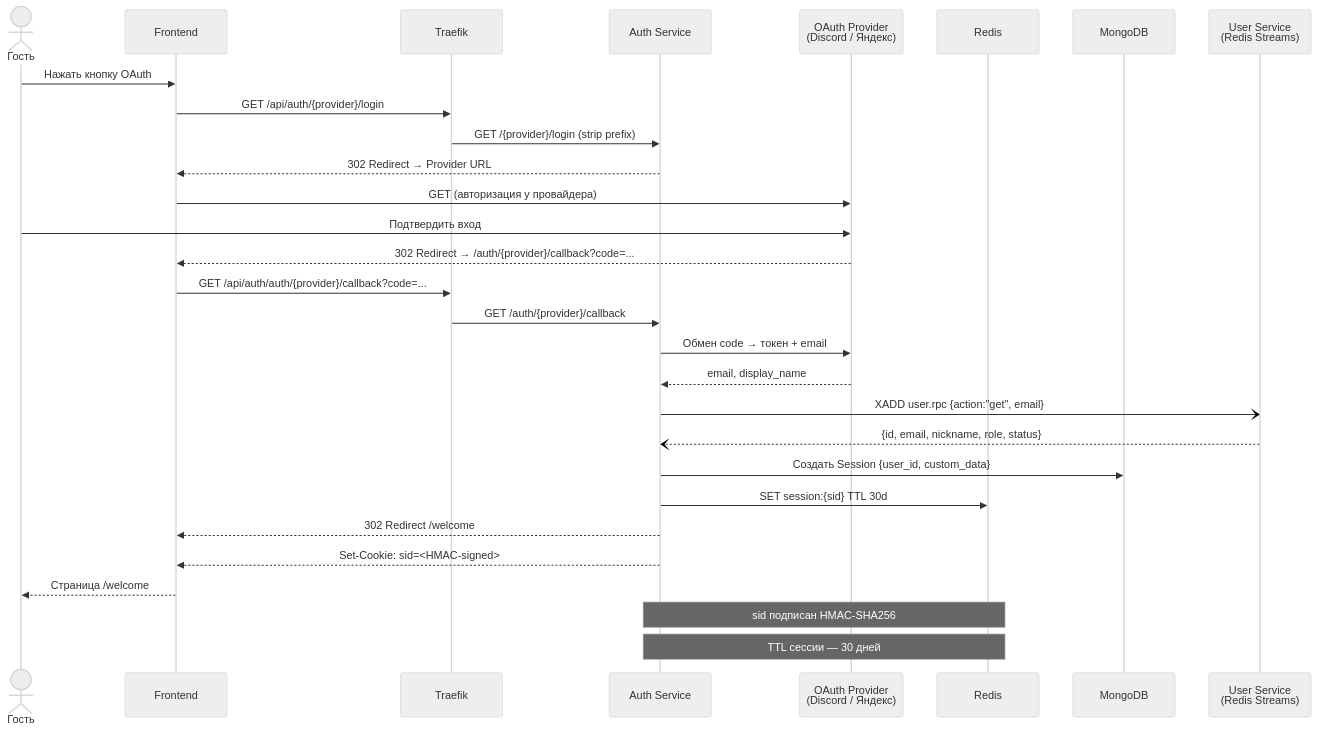
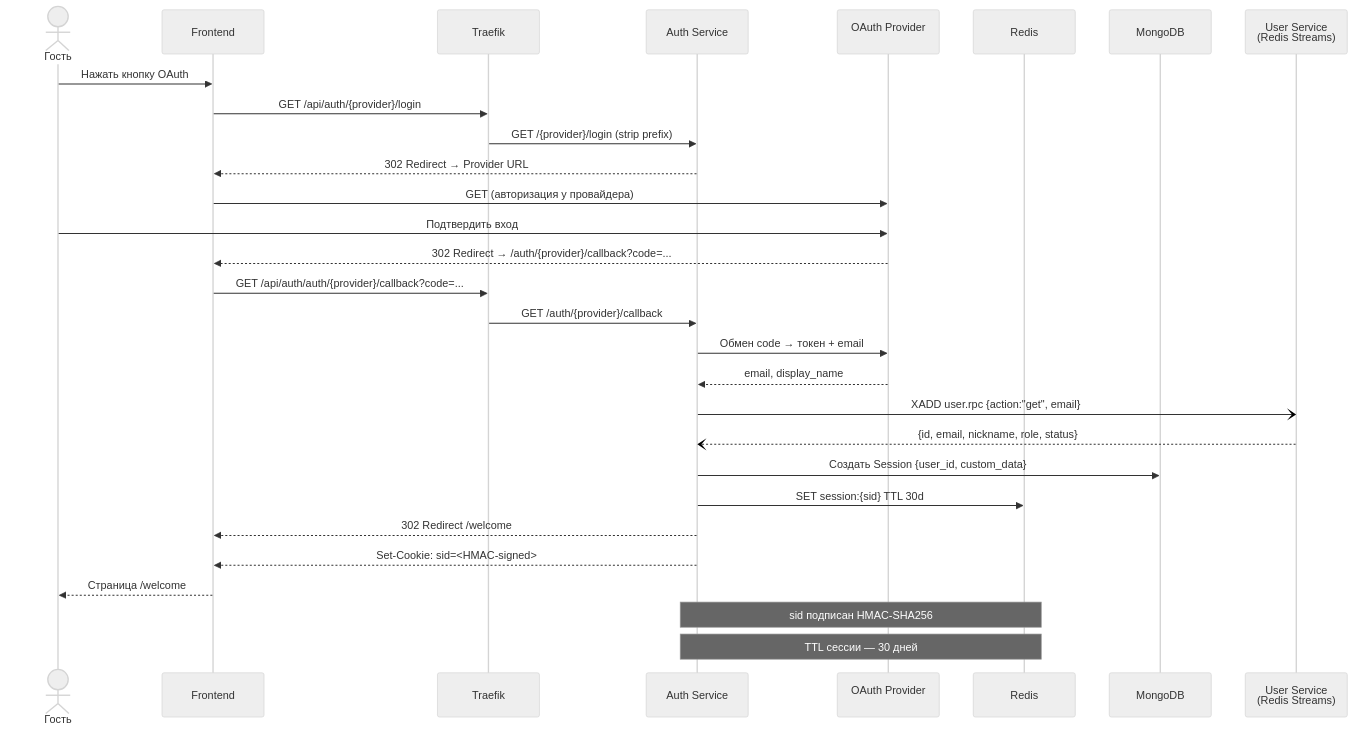
Before and after one commit to MxVndI/cases: the first of 20 diagrams in docs/backend-requirements/use-cases/sequences.md, drawn with Mermaid (neutral theme).

````diff
--- a/docs/backend-requirements/use-cases/sequences.md
+++ b/docs/backend-requirements/use-cases/sequences.md
@@ -9,38 +9,38 @@
 ```mermaid
 sequenceDiagram
     actor Гость
     participant FE as Frontend
     participant Traefik
     participant Auth as Auth Service
-    participant Provider as OAuth Provider<br/>(Discord / Яндекс)
+    participant Provider as OAuth Provider<br/>
     participant Redis
     participant MongoDB
     participant UserRPC as User Service<br/>(Redis Streams)
 
     Гость->>FE: Нажать кнопку OAuth
     FE->>Traefik: GET /api/auth/{provider}/login
     Traefik->>Auth: GET /{provider}/login (strip prefix)
     Auth-->>FE: 302 Redirect → Provider URL
 
     FE->>Provider: GET (авторизация у провайдера)
     Гость->>Provider: Подтвердить вход
     Provider-->>FE: 302 Redirect → /auth/{provider}/callback?code=...
 
     FE->>Traefik: GET /api/auth/auth/{provider}/callback?code=...
     Traefik->>Auth: GET /auth/{provider}/callback
     Auth->>Provider: Обмен code → токен + email
     Provider-->>Auth: email, display_name
 
     Auth-)UserRPC: XADD user.rpc {action:"get", email}
     UserRPC--)Auth: {id, email, nickname, role, status}
 
     Auth->>MongoDB: Создать Session {user_id, custom_data}
     Auth->>Redis: SET session:{sid} TTL 30d
 
     Auth-->>FE: 302 Redirect /welcome
     Auth-->>FE: Set-Cookie: sid=<HMAC-signed>
     FE-->>Гость: Страница /welcome
 
     Note over Auth,Redis: sid подписан HMAC-SHA256
     Note over Auth,Redis: TTL сессии — 30 дней
 ```
````
